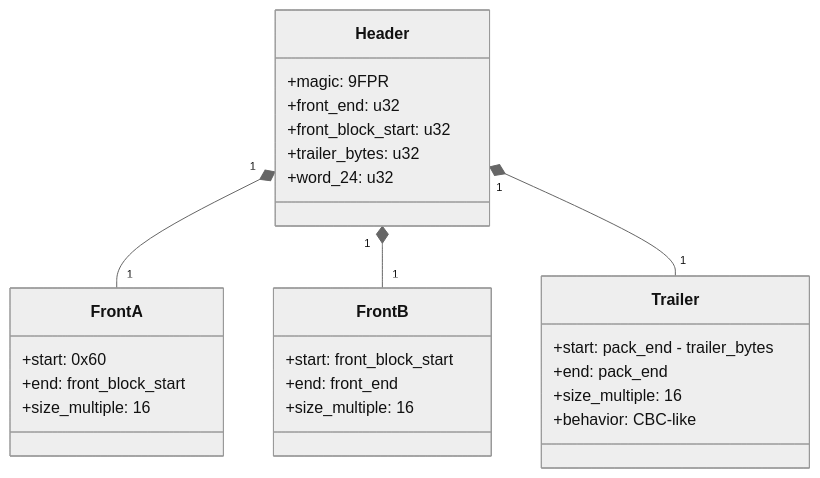
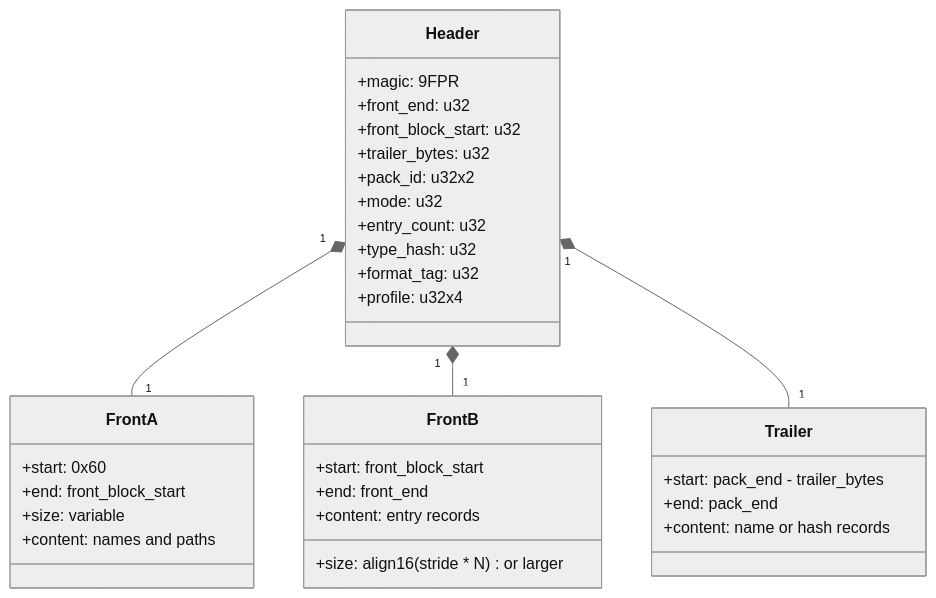
The first of 3 diagrams in docs/rpf9/metadata.md (lynxnathan/rage-tools-vi), drawn with Mermaid (neutral theme) before and after one commit. The commit also changed other lines of this file and 1 other file, not shown here.

````diff
--- a/docs/rpf9/metadata.md
+++ b/docs/rpf9/metadata.md
@@ -9,29 +13,35 @@
 ```mermaid
 classDiagram
     class Header {
         +magic: 9FPR
         +front_end: u32
         +front_block_start: u32
         +trailer_bytes: u32
-        +word_24: u32
+        +pack_id: u32x2
+        +mode: u32
+        +entry_count: u32
+        +type_hash: u32
+        +format_tag: u32
+        +profile: u32x4
     }
     class FrontA {
         +start: 0x60
         +end: front_block_start
-        +size_multiple: 16
+        +size: variable
+        +content: names and paths
     }
     class FrontB {
         +start: front_block_start
         +end: front_end
-        +size_multiple: 16
+        +size: align16(stride * N) or larger
+        +content: entry records
     }
     class Trailer {
         +start: pack_end - trailer_bytes
         +end: pack_end
-        +size_multiple: 16
-        +behavior: CBC-like
+        +content: name or hash records
     }
     Header "1" *-- "1" FrontA
     Header "1" *-- "1" FrontB
     Header "1" *-- "1" Trailer
 ```
````
